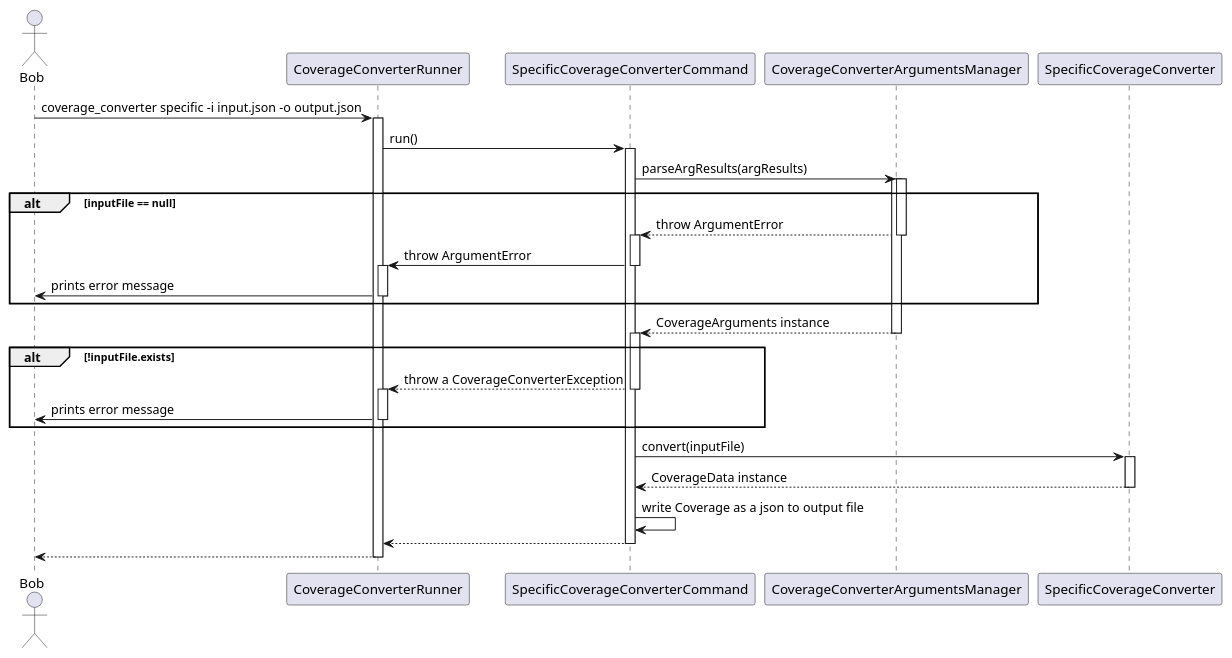
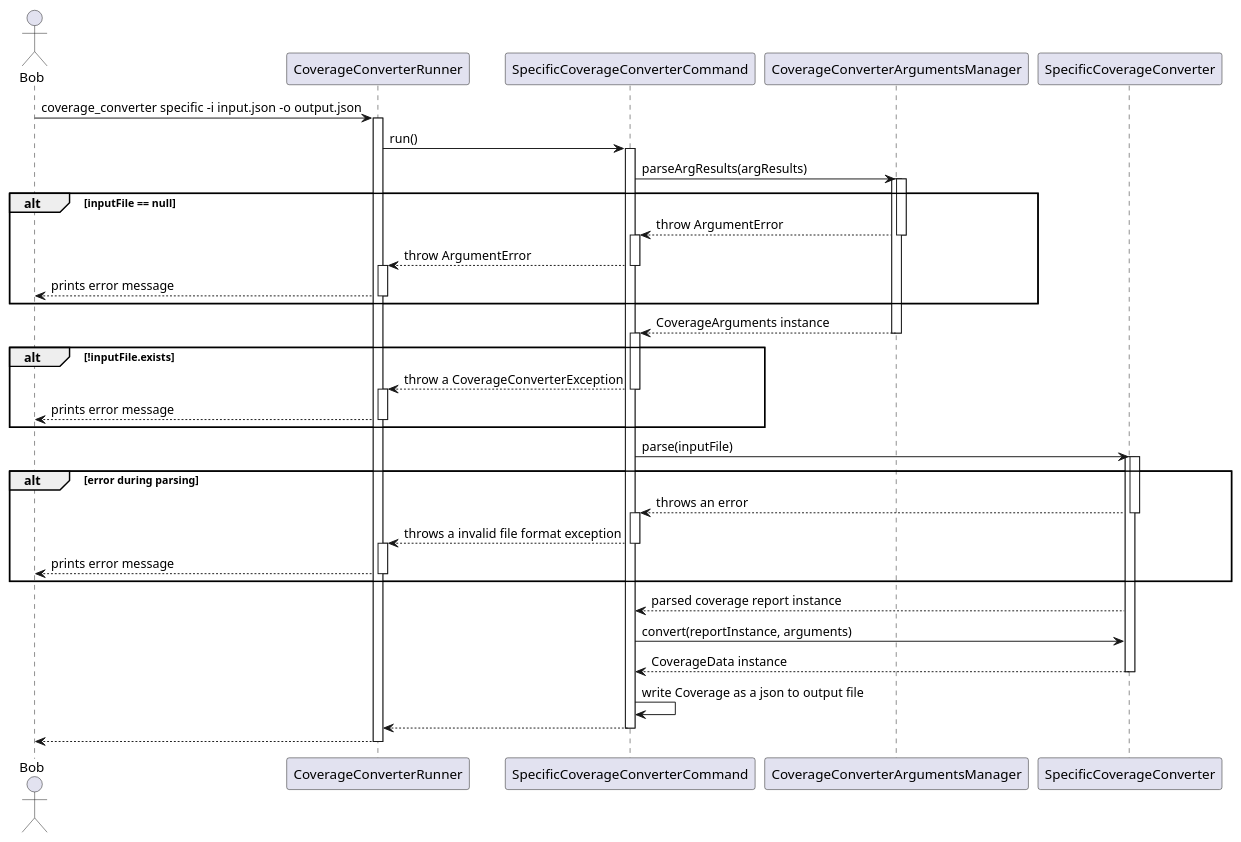
Before and after one commit to Flank/flank-dashboard: the diagram in metrics/coverage_converter/docs/diagrams/coverage_sequence_diagram.puml, drawn with PlantUML. The commit also changed 4 other files, not shown here.

```diff
--- a/metrics/coverage_converter/docs/diagrams/coverage_sequence_diagram.puml
+++ b/metrics/coverage_converter/docs/diagrams/coverage_sequence_diagram.puml
@@ -1,56 +1,77 @@
 @startuml coverage_sequence_diagram
 
 actor Bob
 
 participant CoverageConverterRunner
 participant SpecificCoverageConverterCommand
 participant CoverageConverterArgumentsManager
 participant SpecificCoverageConverter
 
 Bob -> CoverageConverterRunner : coverage_converter specific -i input.json -o output.json
 
 activate CoverageConverterRunner
 CoverageConverterRunner -> SpecificCoverageConverterCommand : run()
 activate SpecificCoverageConverterCommand
 
 SpecificCoverageConverterCommand -> CoverageConverterArgumentsManager : parseArgResults(argResults)
 activate CoverageConverterArgumentsManager
 
 
 alt inputFile == null
     activate CoverageConverterArgumentsManager
 
     return throw ArgumentError
     activate SpecificCoverageConverterCommand
-    SpecificCoverageConverterCommand -> CoverageConverterRunner: throw ArgumentError
+    SpecificCoverageConverterCommand --> CoverageConverterRunner: throw ArgumentError
     deactivate SpecificCoverageConverterCommand
     activate CoverageConverterRunner
-    CoverageConverterRunner -> Bob: prints error message
+    CoverageConverterRunner --> Bob: prints error message
     deactivate CoverageConverterRunner
 
 end
 
 return CoverageArguments instance
 
 
 alt !inputFile.exists
     activate SpecificCoverageConverterCommand
 
     SpecificCoverageConverterCommand --> CoverageConverterRunner: throw a CoverageConverterException
     deactivate SpecificCoverageConverterCommand
 
     activate CoverageConverterRunner
 
-    CoverageConverterRunner -> Bob : prints error message
+    CoverageConverterRunner --> Bob : prints error message
     deactivate CoverageConverterRunner
 
 end
 
-SpecificCoverageConverterCommand -> SpecificCoverageConverter : convert(inputFile)
+SpecificCoverageConverterCommand -> SpecificCoverageConverter : parse(inputFile)
 activate SpecificCoverageConverter
+
+
+alt error during parsing 
+activate SpecificCoverageConverter
+
+return throws an error
+activate SpecificCoverageConverterCommand
+SpecificCoverageConverterCommand --> CoverageConverterRunner: throws a invalid file format exception
+deactivate SpecificCoverageConverterCommand
+activate CoverageConverterRunner
+CoverageConverterRunner --> Bob : prints error message
+deactivate CoverageConverterRunner
+
+end 
+
+activate SpecificCoverageConverter
+SpecificCoverageConverter --> SpecificCoverageConverterCommand: parsed coverage report instance
+
+SpecificCoverageConverterCommand -> SpecificCoverageConverter : convert(reportInstance, arguments)
+
 return CoverageData instance
+
 SpecificCoverageConverterCommand -> SpecificCoverageConverterCommand : write Coverage as a json to output file
 return
 return
 
 @enduml
```
